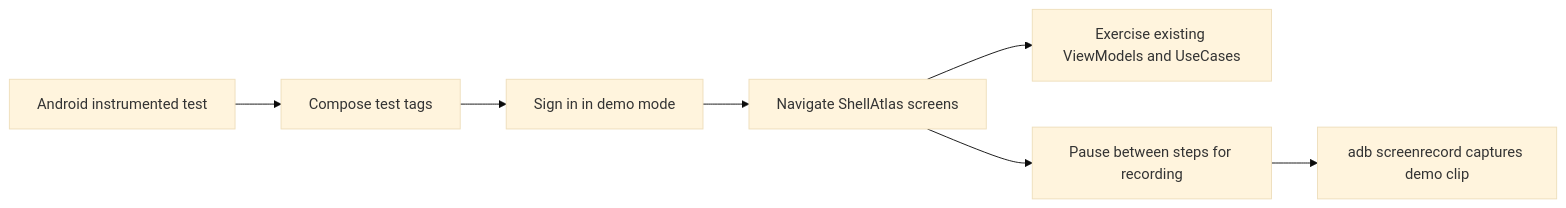
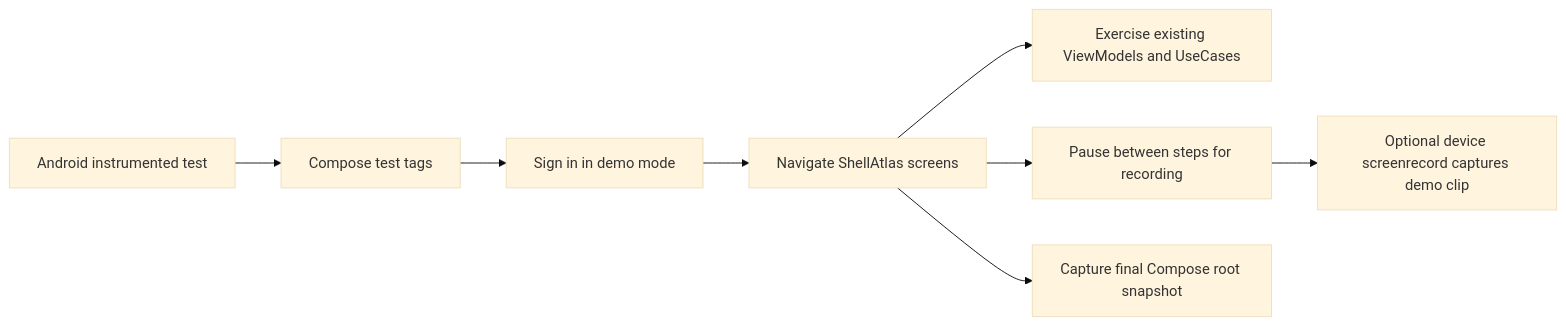
The diagram in obsidian-vault/08-diagrams/Android Demo Test Flow.md (normansanchezn/ShellAtlas-Doc), drawn with Mermaid (base theme) before and after one commit. The commit also changed 11 other files, not shown here.

````diff
--- a/obsidian-vault/08-diagrams/Android Demo Test Flow.md
+++ b/obsidian-vault/08-diagrams/Android Demo Test Flow.md
@@ -19,9 +19,10 @@
 ```mermaid
 flowchart LR
     A["Android instrumented test"] --> B["Compose test tags"]
     B --> C["Sign in in demo mode"]
     C --> D["Navigate ShellAtlas screens"]
     D --> E["Exercise existing ViewModels and UseCases"]
     D --> F["Pause between steps for recording"]
-    F --> G["adb screenrecord captures demo clip"]
+    F --> G["Optional device screenrecord captures demo clip"]
+    D --> H["Capture final Compose root snapshot"]
 ```
````
